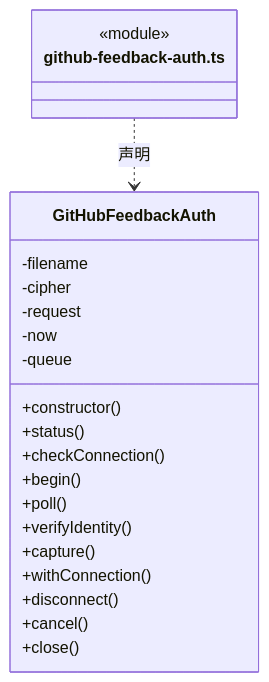
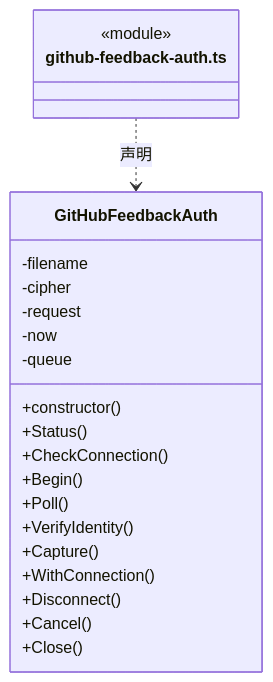
One commit to nan023062/cbim changed the fourth of 9 diagrams in src/logic/feedback/service/ARCHITECTURE.md. Above: the diagram before and after it, drawn with Mermaid. The commit also changed other lines of this file and 1035 other files, not shown here.

````diff
--- a/src/logic/feedback/service/ARCHITECTURE.md
+++ b/src/logic/feedback/service/ARCHITECTURE.md
@@ -93,25 +93,25 @@
 ```mermaid
 classDiagram
 class N_src_logic_feedback_service_github_feedback_auth_ts["github-feedback-auth.ts"] {
   <<module>>
 }
 class N_src_logic_feedback_service_github_feedback_auth_ts_GitHubFeedbackAuth["GitHubFeedbackAuth"] {
   +constructor()
-  +status()
-  +checkConnection()
-  +begin()
-  +poll()
-  +verifyIdentity()
-  +capture()
-  +withConnection()
-  +disconnect()
-  +cancel()
-  +close()
+  +Status()
+  +CheckConnection()
+  +Begin()
+  +Poll()
+  +VerifyIdentity()
+  +Capture()
+  +WithConnection()
+  +Disconnect()
+  +Cancel()
+  +Close()
   -filename
   -cipher
   -request
   -now
   -queue
 }
 N_src_logic_feedback_service_github_feedback_auth_ts ..> N_src_logic_feedback_service_github_feedback_auth_ts_GitHubFeedbackAuth : 声明
 ```
````
